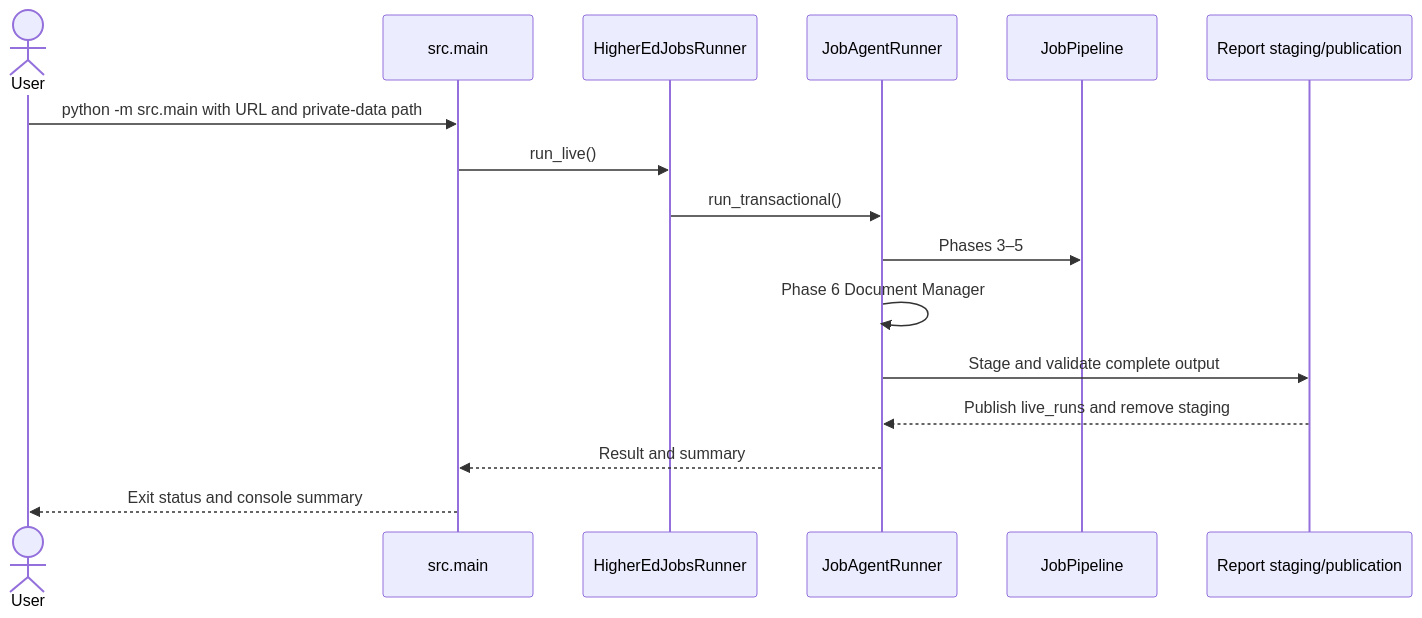
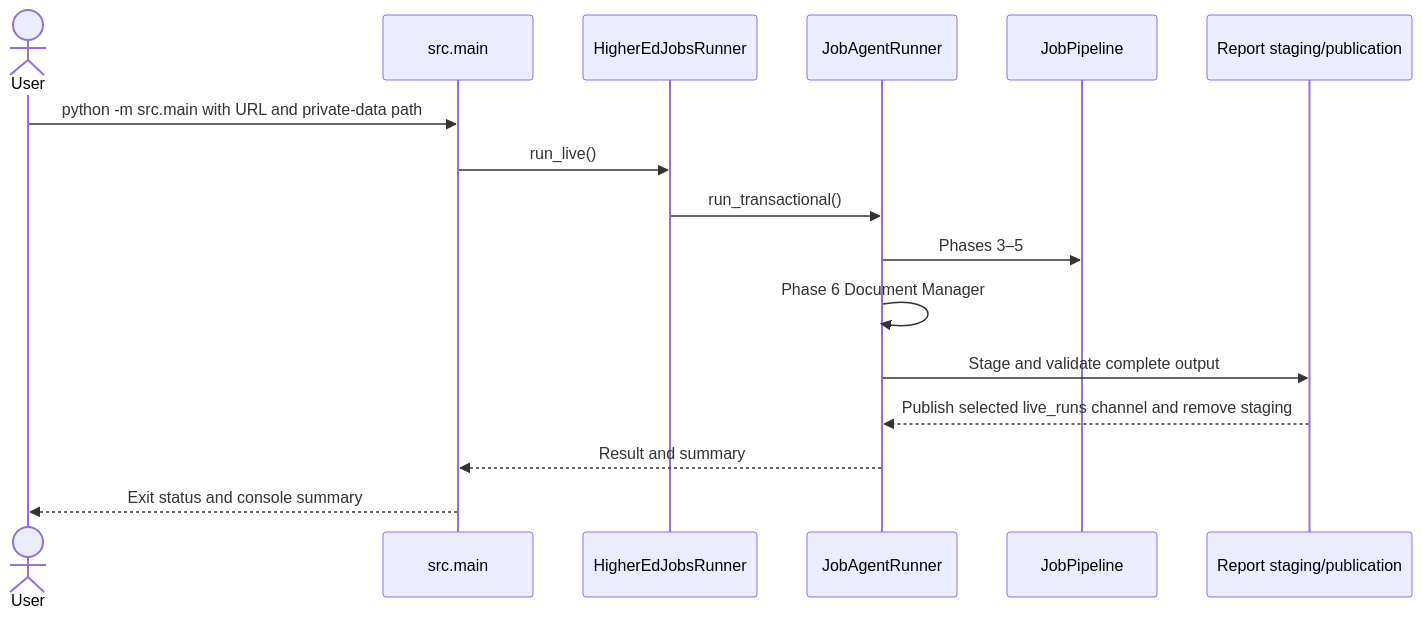
The fifth of 6 diagrams in README.md (amalmuraeb/ai), drawn with Mermaid before and after one commit. The commit also changed other lines of this file and 9 other files, not shown here.

````diff
--- a/README.md
+++ b/README.md
@@ -556,19 +568,19 @@
 ```mermaid
 sequenceDiagram
     actor User
     participant Main as src.main
     participant HEJ as HigherEdJobsRunner
     participant Runner as JobAgentRunner
     participant Pipeline as JobPipeline
     participant Reports as Report staging/publication
 
     User->>Main: python -m src.main with URL and private-data path
     Main->>HEJ: run_live()
     HEJ->>Runner: run_transactional()
     Runner->>Pipeline: Phases 3–5
     Runner->>Runner: Phase 6 Document Manager
     Runner->>Reports: Stage and validate complete output
-    Reports-->>Runner: Publish live_runs and remove staging
+    Reports-->>Runner: Publish selected live_runs channel and remove staging
     Runner-->>Main: Result and summary
     Main-->>User: Exit status and console summary
 ```
````
